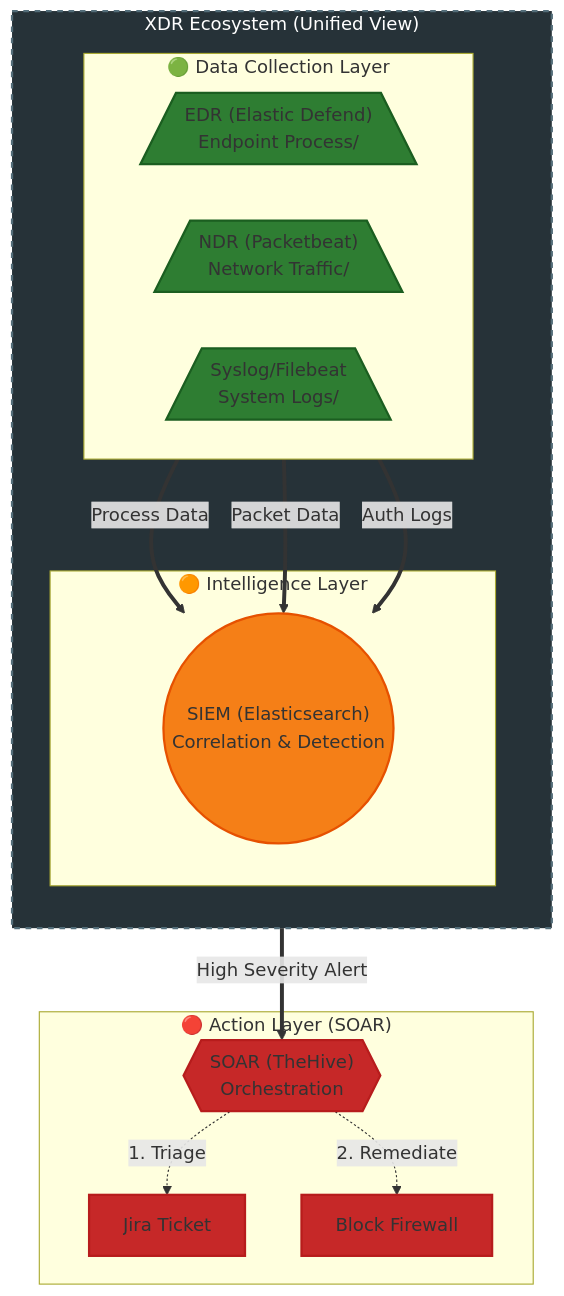
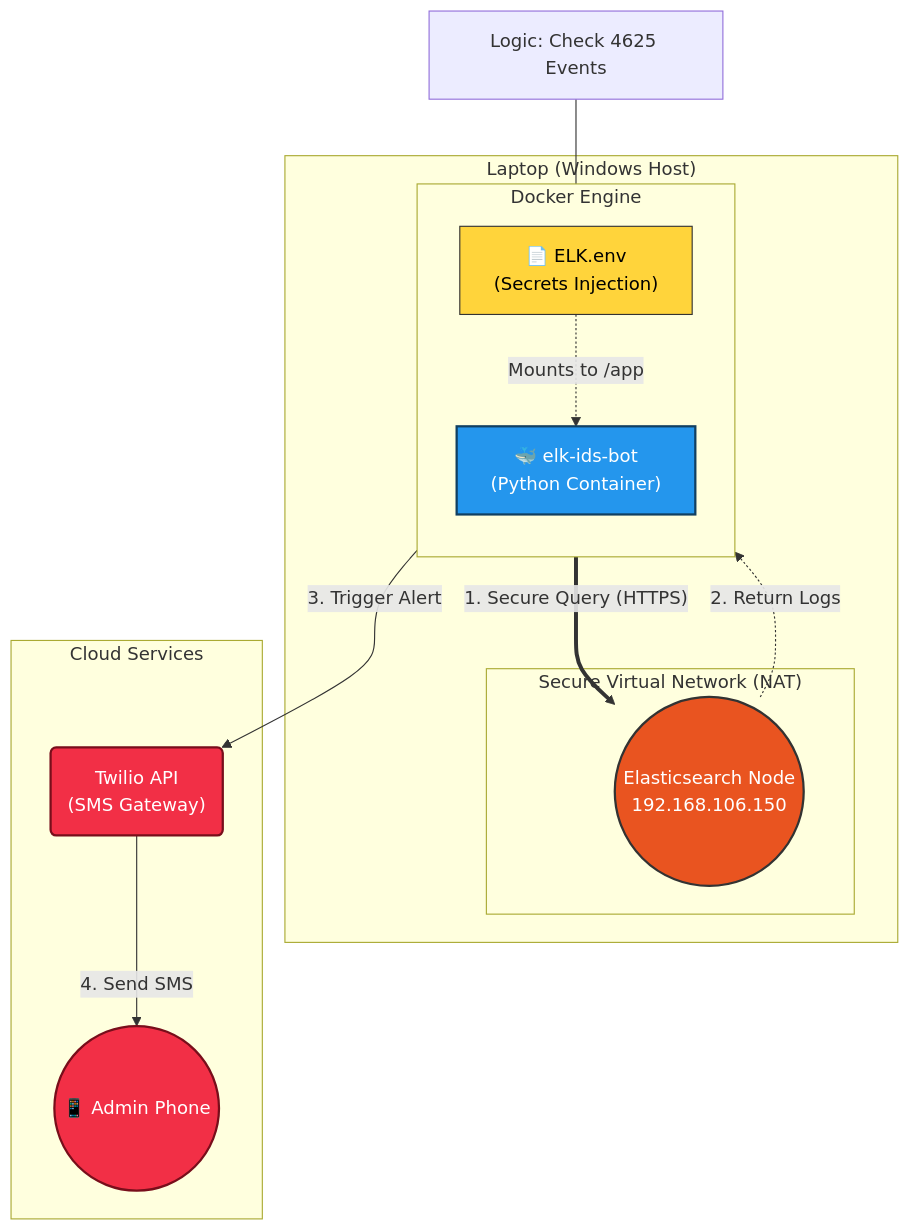
One commit to mahamadoudansoko/Python-ELK-SIEM-Automation changed the diagram in README.md. Above: the diagram before and after it, drawn with Mermaid. The commit also changed other lines of this file, not shown here.

````diff
--- a/README.md
+++ b/README.md
@@ -1,41 +2,38 @@
 ```mermaid
 graph TD
-    %% Define Styles - Modern Dark Theme
-    classDef input fill:#2E7D32,stroke:#1B5E20,stroke-width:2px,color:white;  %% Green
-    classDef core fill:#F57F17,stroke:#E65100,stroke-width:2px,color:white;   %% Orange
-    classDef action fill:#C62828,stroke:#B71C1c,stroke-width:2px,color:white;  %% Red
-    classDef container fill:#263238,stroke:#546E7A,stroke-width:2px,stroke-dasharray: 5 5,color:white;
+    %% Define Styles
+    classDef container fill:#2496ED,stroke:#103F61,stroke-width:2px,color:white;
+    classDef vm fill:#E95420,stroke:#333,stroke-width:2px,color:white;
+    classDef cloud fill:#F22F46,stroke:#780E1B,stroke-width:2px,color:white;
+    classDef file fill:#FFD43B,stroke:#333,stroke-width:1px,color:black;
 
-    subgraph XDR ["XDR Ecosystem (Unified View)"]
-        direction TB
+    subgraph Host ["Laptop (Windows Host)"]
         
-        subgraph Collection ["🟢 Data Collection Layer"]
-            direction LR
-            EDR[/"EDR (Elastic Defend)"<br>Endpoint Process/\]:::input
-            NDR[/"NDR (Packetbeat)"<br>Network Traffic/\]:::input
-            Logs[/"Syslog/Filebeat"<br>System Logs/\]:::input
+        subgraph Docker_Engine ["Docker Engine"]
+            direction TB
+            Container["🐳 elk-ids-bot<br>(Python Container)"]:::container
+            EnvFile["📄 ELK.env<br>(Secrets Injection)"]:::file
+            
+            EnvFile -.->|Mounts to /app| Container
         end
-
-        subgraph Analysis ["🟠 Intelligence Layer"]
-            SIEM(("SIEM (Elasticsearch)"<br>Correlation & Detection)):::core
+        
+        subgraph VMware ["Secure Virtual Network (NAT)"]
+            ES(("Elasticsearch Node<br>192.168.106.150")):::vm
         end
     end
 
-    subgraph Response ["🔴 Action Layer (SOAR)"]
-        SOAR{{"SOAR (TheHive)"<br>Orchestration}}:::action
-        Jira[Jira Ticket]:::action
-        Block[Block Firewall]:::action
+    subgraph Internet ["Cloud Services"]
+        Twilio("Twilio API<br>(SMS Gateway)"):::cloud
+        User(("📱 Admin Phone")):::cloud
     end
 
-    %% Connections
-    EDR ==>|Process Data| SIEM
-    NDR ==>|Packet Data| SIEM
-    Logs ==>|Auth Logs| SIEM
+    %% Data Flow
+    Container == "1. Secure Query (HTTPS)" ==> ES
+    ES -.->|2. Return Logs| Container
     
-    SIEM ==>|High Severity Alert| SOAR
-    SOAR -.->|1. Triage| Jira
-    SOAR -.->|2. Remediate| Block
+    Container -- "3. Trigger Alert" --> Twilio
+    Twilio -- "4. Send SMS" --> User
 
-    %% Background Styling
-    class XDR container
+    %% Styling for the Script logic inside container
+    note1[Logic: Check 4625 Events] --- Container
 ```
````
